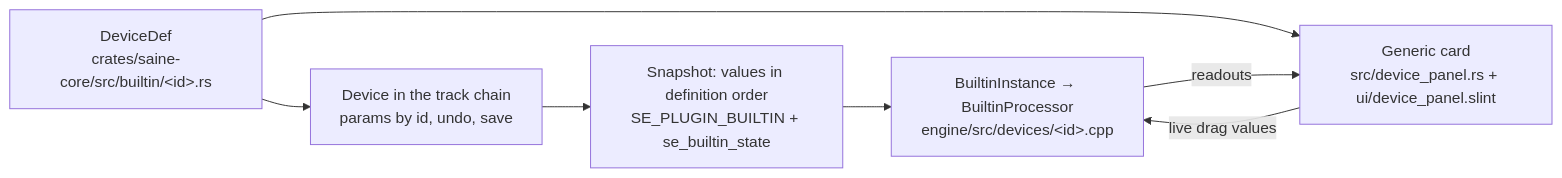
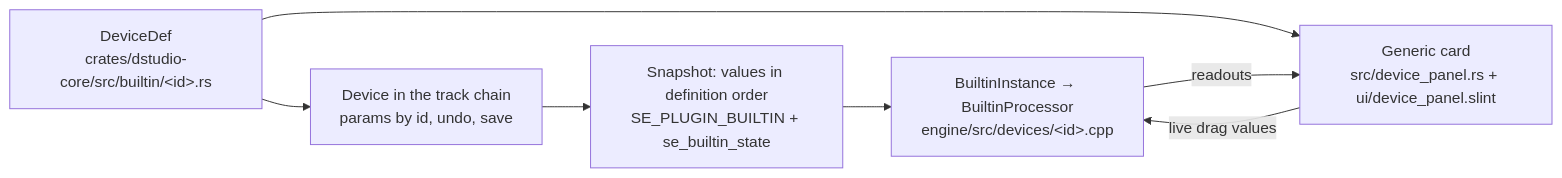
Before and after one commit to chrislaupama/device: the diagram in docs/devices.md, drawn with Mermaid. The commit also changed other lines of this file and 488 other files, not shown here.

First line of the commit message:
Rename the app to Device Studio and remove saine from the codebase (#32)

```diff
--- a/docs/devices.md
+++ b/docs/devices.md
@@ -15,9 +15,9 @@
 ~~~mermaid
 flowchart LR
-    Def["DeviceDef<br/>crates/saine-core/src/builtin/&lt;id&gt;.rs"] --> Model["Device in the track chain<br/>params by id, undo, save"]
+    Def["DeviceDef<br/>crates/dstudio-core/src/builtin/&lt;id&gt;.rs"] --> Model["Device in the track chain<br/>params by id, undo, save"]
     Def --> Panel["Generic card<br/>src/device_panel.rs + ui/device_panel.slint"]
     Model --> Snap["Snapshot: values in definition order<br/>SE_PLUGIN_BUILTIN + se_builtin_state"]
     Snap --> Engine["BuiltinInstance → BuiltinProcessor<br/>engine/src/devices/&lt;id&gt;.cpp"]
     Engine -- readouts --> Panel
     Panel -- live drag values --> Engine
 ~~~
```
